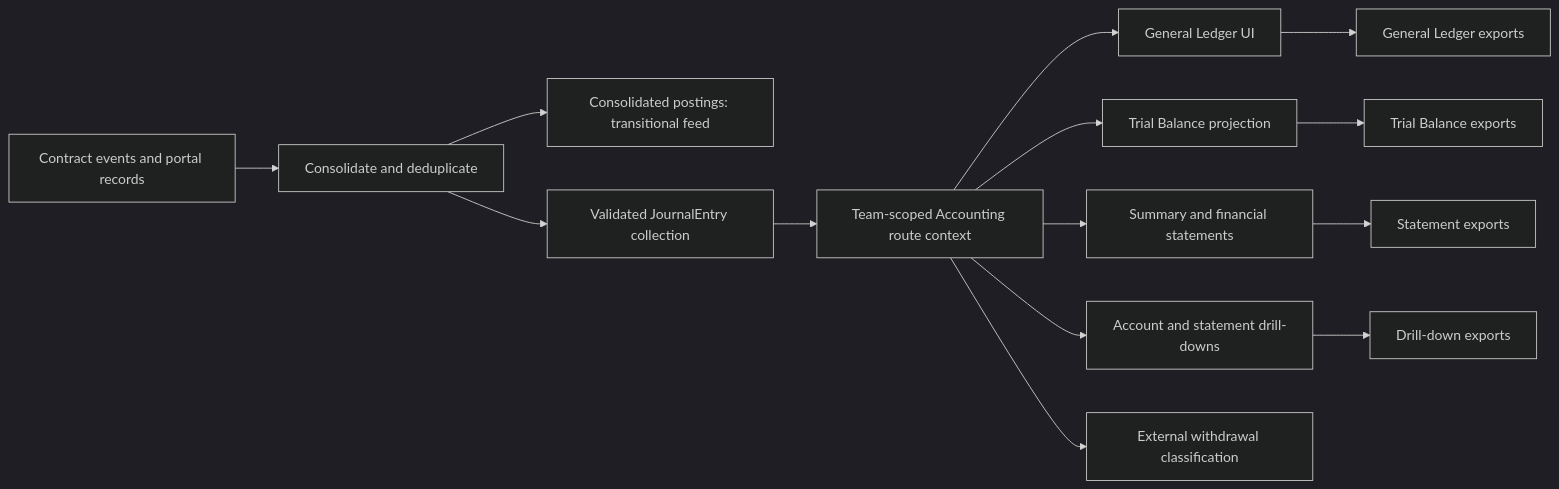
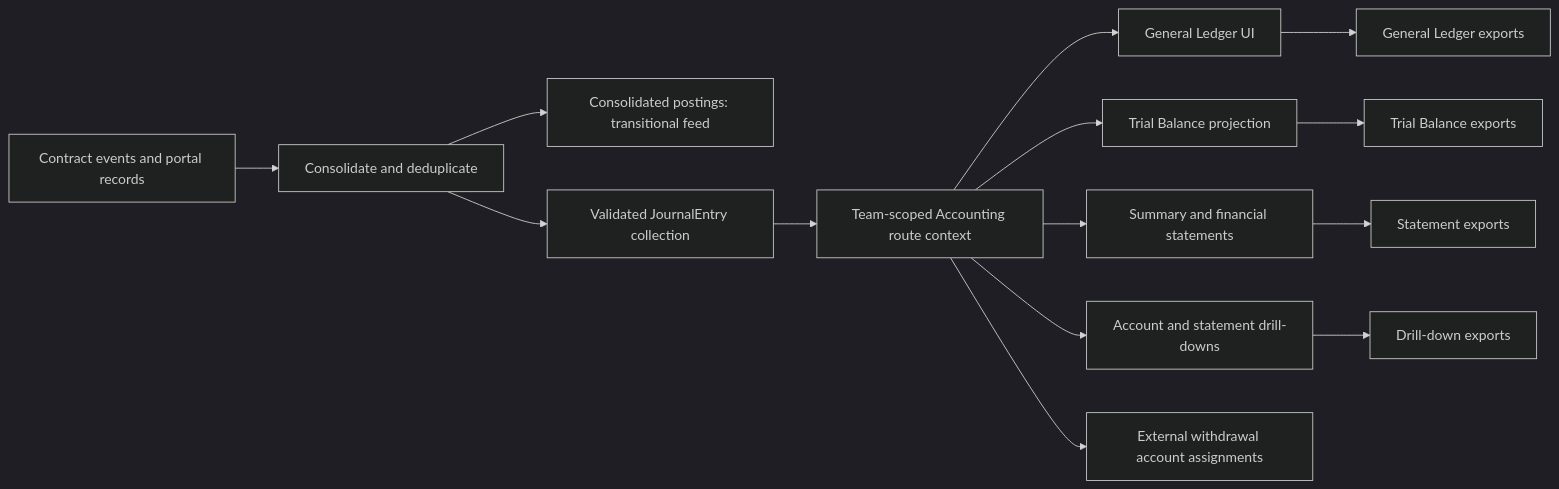
Before and after one commit to globe-and-citizen/cnc-portal: the diagram in docs/features/accounting/README.md, drawn with Mermaid (dark theme). The commit also changed other lines of this file and 10 other files, not shown here.

Commit message:
docs: 📝 document journal account assignments

````diff
--- a/docs/features/accounting/README.md
+++ b/docs/features/accounting/README.md
@@ -58,16 +59,16 @@
 ```mermaid
 flowchart LR
     Sources[Contract events and portal records] --> Consolidate[Consolidate and deduplicate]
     Consolidate --> Postings[Consolidated postings: transitional feed]
     Consolidate --> Journal[Validated JournalEntry collection]
     Journal --> Context[Team-scoped Accounting route context]
     Context --> GeneralLedger[General Ledger UI]
     Context --> Trial[Trial Balance projection]
     Context --> Statements[Summary and financial statements]
     Context --> Drilldowns[Account and statement drill-downs]
-    Context --> Classification[External withdrawal classification]
+    Context --> Assignments[External withdrawal account assignments]
     GeneralLedger --> GeneralLedgerExports[General Ledger exports]
     Trial --> TrialExports[Trial Balance exports]
     Statements --> StatementExports[Statement exports]
     Drilldowns --> DrilldownExports[Drill-down exports]
 ```
````
